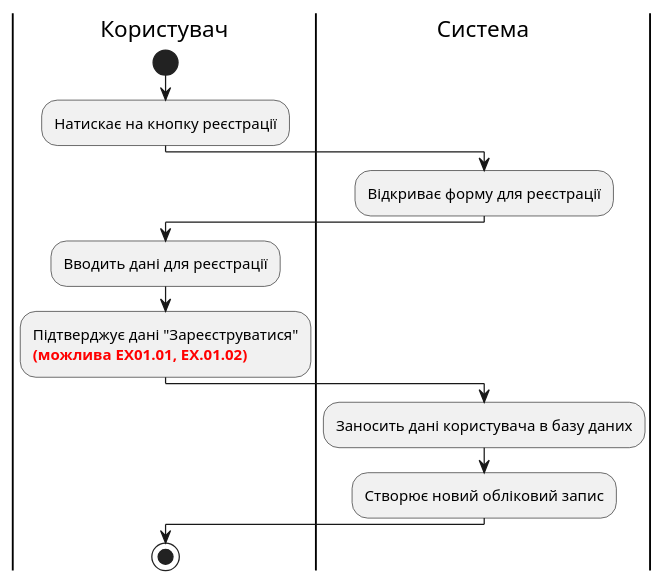
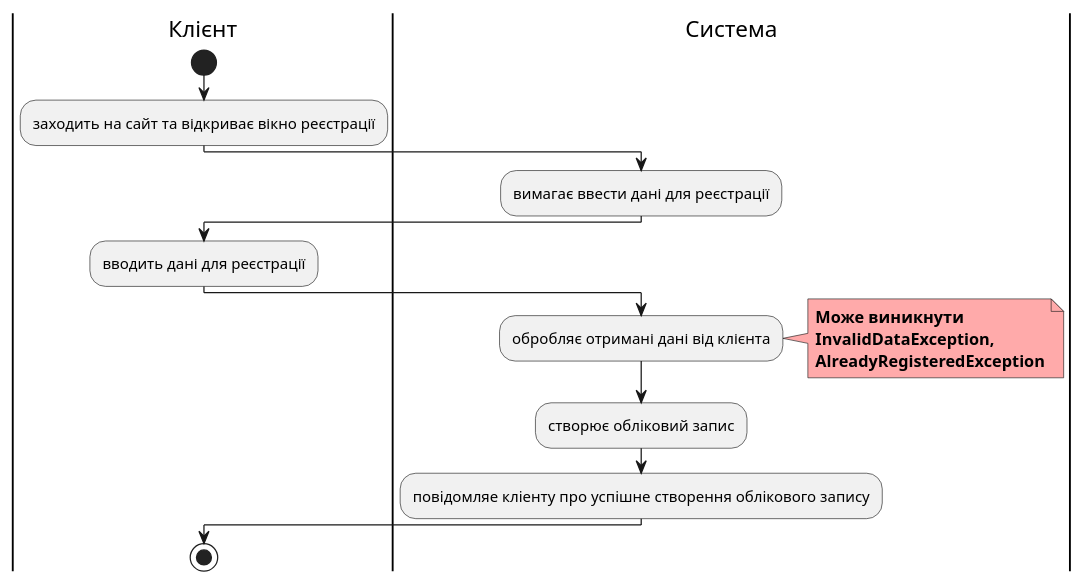
Before and after one commit to xivihwa/edu-db-cw-group1_violetta: the fourth of 15 diagrams in docs/use cases/README.md, drawn with PlantUML. The commit also changed other lines of this file, not shown here.

```diff
--- a/docs/use cases/README.md
+++ b/docs/use cases/README.md
@@ -118,21 +126,26 @@
 @startuml
-
-|Користувач|
-start;
-:Натискає на кнопку реєстрації;
-
-|Система|
-:Відкриває форму для реєстрації;
-
-|Користувач|
-:Вводить дані для реєстрації;
-:Підтверджує дані "Зареєструватися"
-<font color="red"><b>(можлива EX01.01, EX.01.02);
-
-|Система|
-:Заносить дані користувача в базу даних;
-:Створює новий обліковий запис;
-
-|Користувач|
-stop;
+    
+        |Клієнт|
+        start;
+        :заходить на сайт та відкриває вікно реєстрації;
+        
+        |Система|
+        :вимагає ввести дані для реєстрації;
+        
+        |Клієнт|
+        :вводить дані для реєстрації;
+        
+        |Система|
+        :обробляє отримані дані від клієнта;
+        note right #ffaaaa
+        <b>Може виникнути</b>
+        <b>InvalidDataException,</b>
+        <b>AlreadyRegisteredException</b>
+        end note
+        :створює облiковий запис;
+        :повiдомляe клiенту про успiшне створення облiкового запису;
+        
+        |Клієнт|
+        stop;
+    
 @enduml
```
